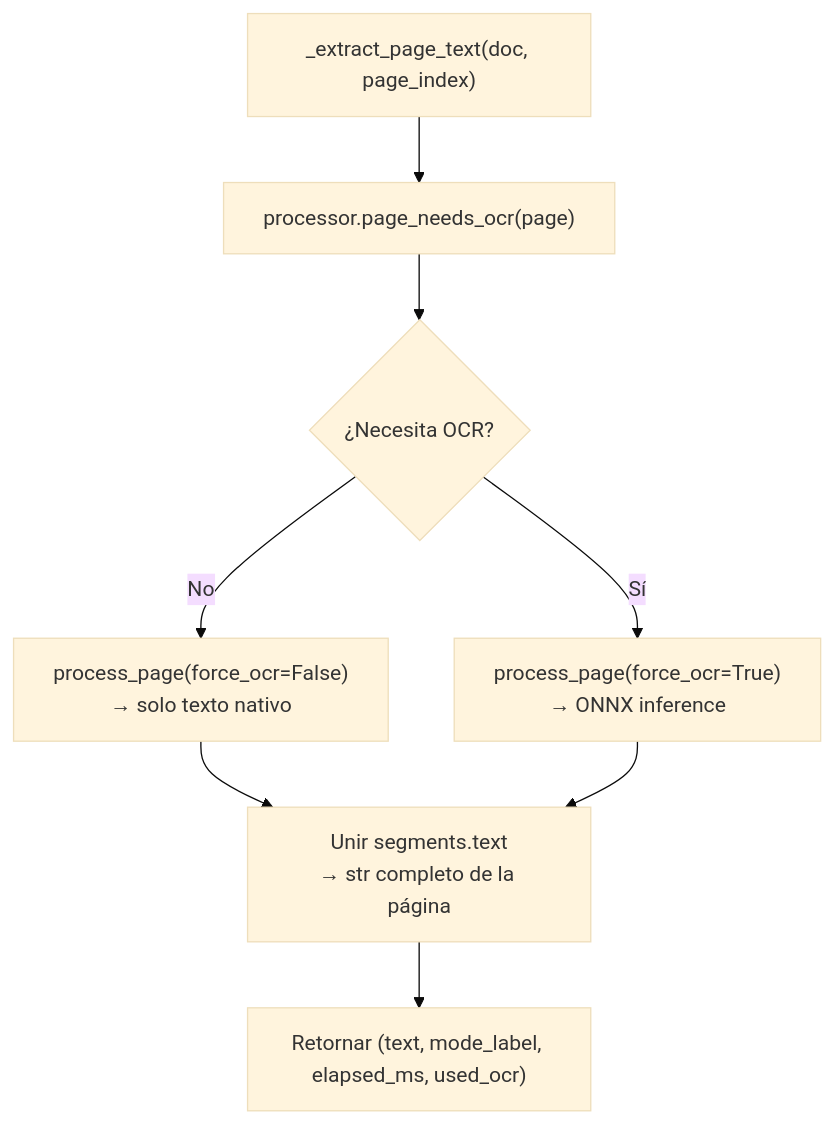
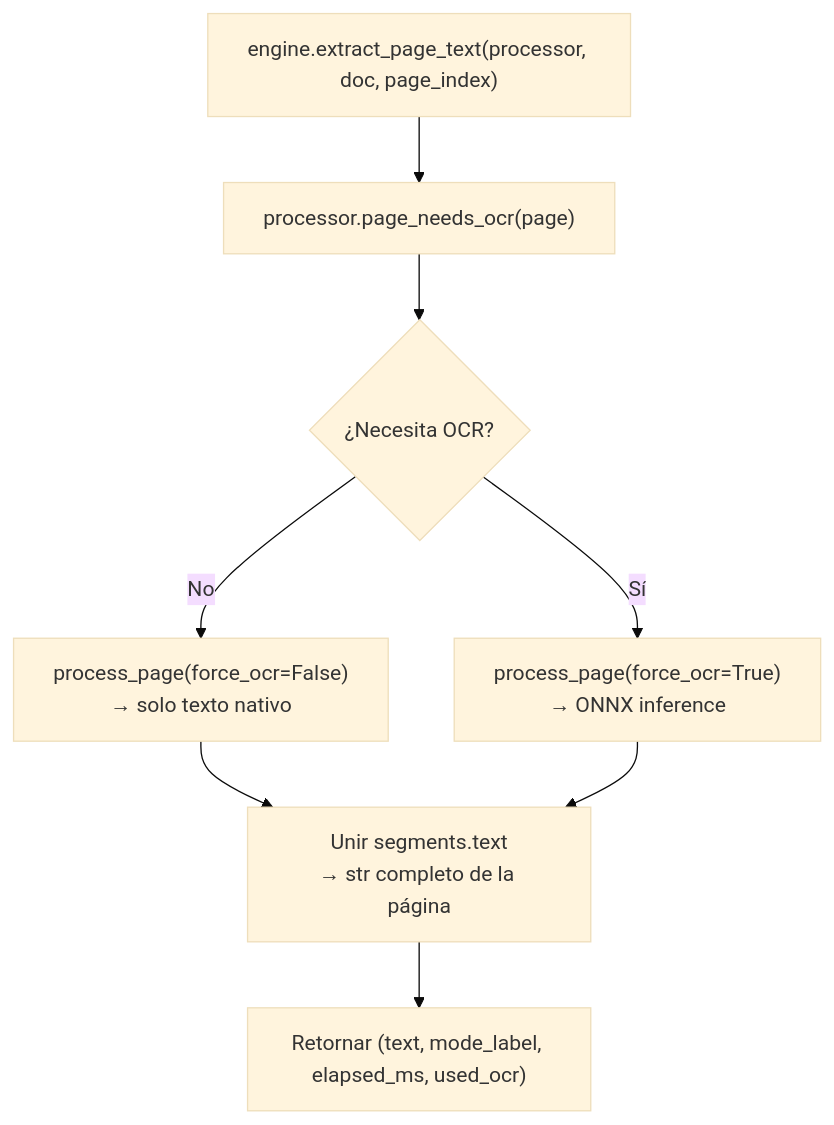
Before and after one commit to Mahynlo/pdf_manager: the fifth of 5 diagrams in docs/extraer-pdf.md, drawn with Mermaid (base theme). The commit also changed other lines of this file and 3 other files, not shown here.

````diff
--- a/docs/extraer-pdf.md
+++ b/docs/extraer-pdf.md
@@ -162,10 +222,10 @@
 ```mermaid
 flowchart TD
-    A["_extract_page_text(doc, page_index)"] --> B["processor.page_needs_ocr(page)"]
+    A["engine.extract_page_text(processor, doc, page_index)"] --> B["processor.page_needs_ocr(page)"]
     B --> C{¿Necesita OCR?}
     C -- No --> D["process_page(force_ocr=False)\n→ solo texto nativo"]
     C -- Sí --> E["process_page(force_ocr=True)\n→ ONNX inference"]
     D --> F["Unir segments.text\n→ str completo de la página"]
     E --> F
     F --> G["Retornar (text, mode_label, elapsed_ms, used_ocr)"]
 ```
````
